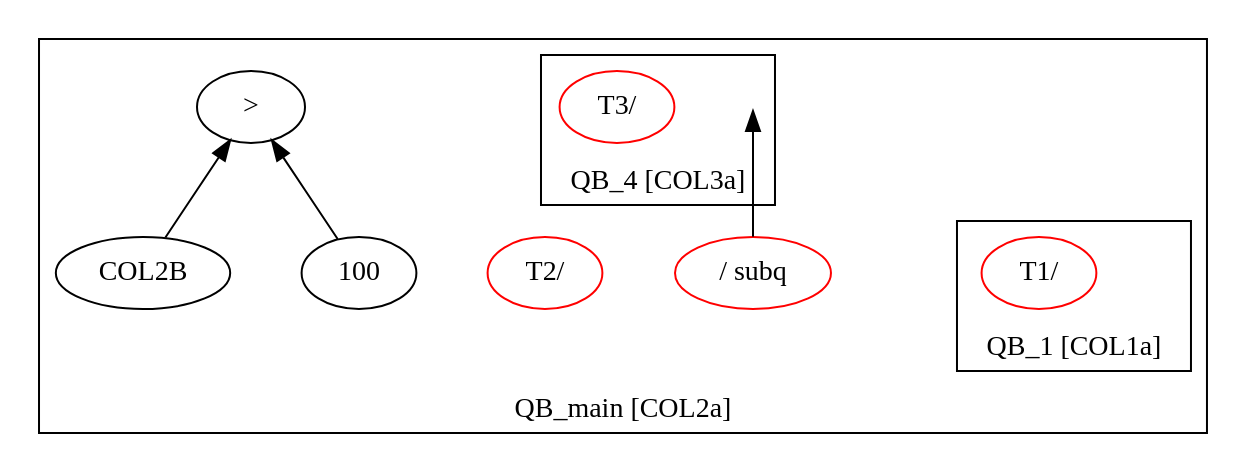
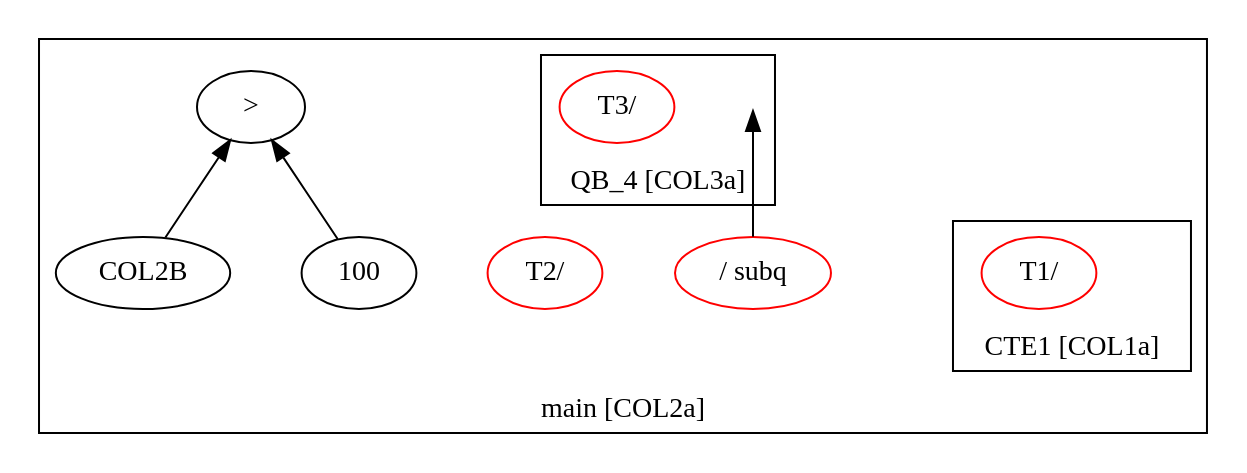
One commit to adarshpannu/kona changed the diagram in qgm.dot. Above: the diagram before and after it, drawn with Graphviz. The commit also changed 3 other files, not shown here.

```diff
--- a/qgm.dot
+++ b/qgm.dot
@@ -1,27 +1,27 @@
 digraph example1 {
     rankdir=BT;
     nodesep=0.5;
     ordering="in";
-  subgraph cluster_QB_main {
-    label = "QB_main [COL2a]";
-    "QB_main_pt"[shape=point, color=white];
+  subgraph cluster_main {
+    label = "main [COL2a]";
+    "main_pt"[shape=point, color=white];
     "QUN_5"[label="/ subq", color=red]
     "QUN_5" -> "QB_4_pt";
   subgraph cluster_QB_4 {
     label = "QB_4 [COL3a]";
     "QB_4_pt"[shape=point, color=white];
     "QUN_3"[label="T3/ ", color=red]
 }
     "QUN_2"[label="T2/ ", color=red]
-    exprnode0x7fa844c33ac8[label=">"];
-    exprnode0x7fa844c32ca8 -> exprnode0x7fa844c33ac8;
-    exprnode0x7fa844c33a78 -> exprnode0x7fa844c33ac8;
-    exprnode0x7fa844c32ca8[label="COL2B"];
-    exprnode0x7fa844c33a78[label="100"];
-  subgraph cluster_QB_1 {
-    label = "QB_1 [COL1a]";
-    "QB_1_pt"[shape=point, color=white];
+    exprnode0x7feed3e09738[label=">"];
+    exprnode0x7feed3e055b8 -> exprnode0x7feed3e09738;
+    exprnode0x7feed3e096e8 -> exprnode0x7feed3e09738;
+    exprnode0x7feed3e055b8[label="COL2B"];
+    exprnode0x7feed3e096e8[label="100"];
+  subgraph cluster_CTE1 {
+    label = "CTE1 [COL1a]";
+    "CTE1_pt"[shape=point, color=white];
     "QUN_0"[label="T1/ ", color=red]
 }
 }
 }
```
